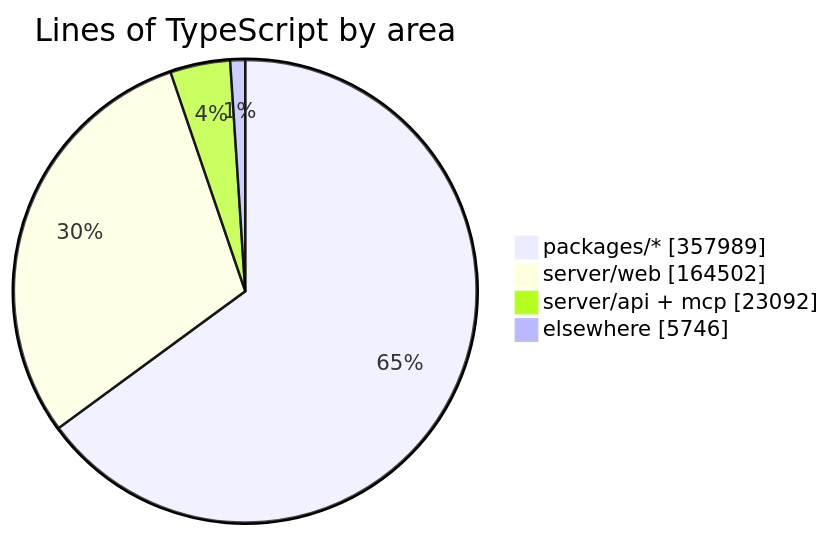
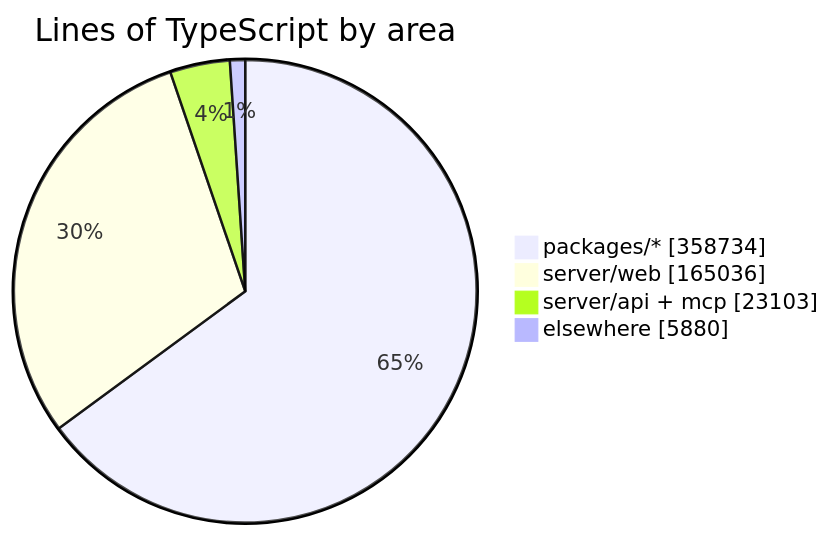
The diagram in README.md (crossworks-engineering/mantle), drawn with Mermaid before and after one commit. The commit also changed other lines of this file and 2 other files, not shown here.

````diff
--- a/README.md
+++ b/README.md
@@ -294,7 +294,7 @@
 ```mermaid
 pie showData title Lines of TypeScript by area
-    "packages/*" : 357989
-    "server/web" : 164502
-    "server/api + mcp" : 23092
-    "elsewhere" : 5746
+    "packages/*" : 358734
+    "server/web" : 165036
+    "server/api + mcp" : 23103
+    "elsewhere" : 5880
 ```
````
